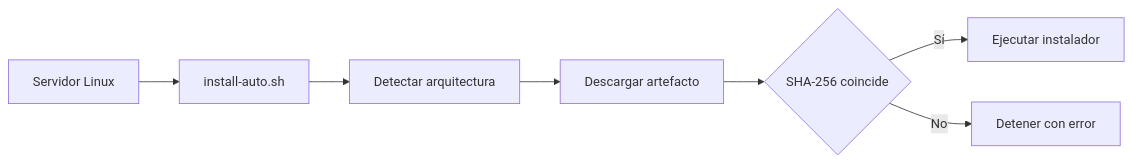
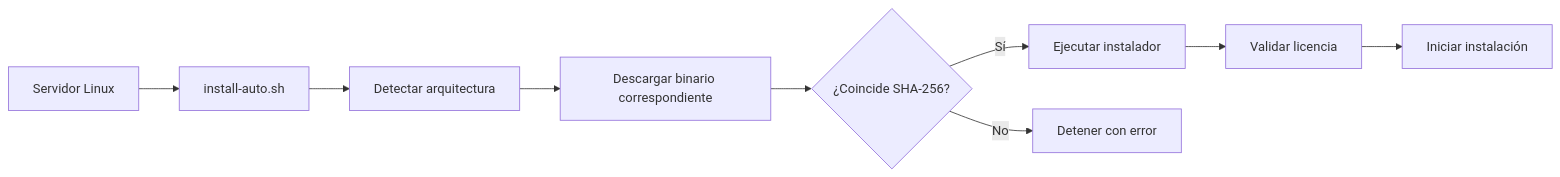
Before and after one commit to studioanime977/MoviVIPNetwork: the diagram in README.md, drawn with Mermaid. The commit also changed other lines of this file, not shown here.

````diff
--- a/README.md
+++ b/README.md
@@ -147,9 +170,11 @@
 ```mermaid
 flowchart LR
     A[Servidor Linux] --> B[install-auto.sh]
     B --> C[Detectar arquitectura]
-    C --> D[Descargar artefacto]
-    D --> E{SHA-256 coincide}
+    C --> D[Descargar binario correspondiente]
+    D --> E{¿Coincide SHA-256?}
     E -->|Sí| F[Ejecutar instalador]
     E -->|No| G[Detener con error]
+    F --> H[Validar licencia]
+    H --> I[Iniciar instalación]
 ```
````
